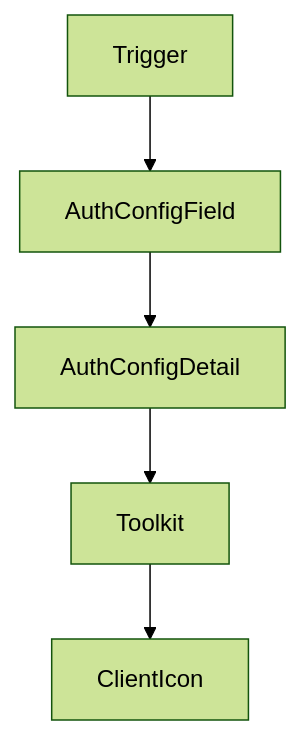
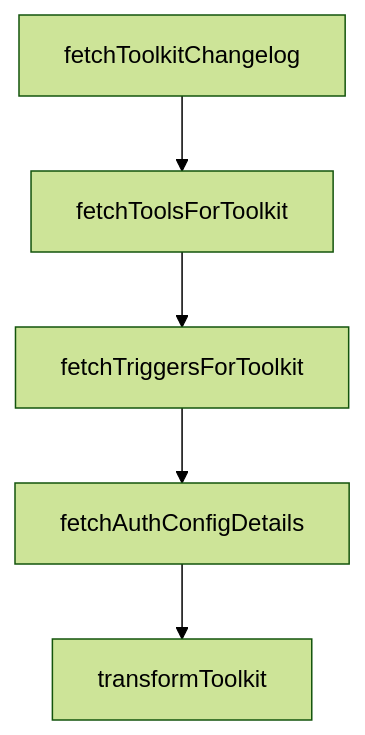
One commit to johnxie/awesome-code-docs changed the diagram in tutorials/composio-tutorial/03-provider-integrations-and-framework-mapping.md. Above: the diagram before and after it, drawn with Mermaid (forest theme). The commit also changed other lines of this file and 1232 other files, not shown here.

````diff
--- a/tutorials/composio-tutorial/03-provider-integrations-and-framework-mapping.md
+++ b/tutorials/composio-tutorial/03-provider-integrations-and-framework-mapping.md
@@ -221,12 +220,12 @@
 ```mermaid
 flowchart TD
-    A[Trigger]
-    B[AuthConfigField]
-    C[AuthConfigDetail]
-    D[Toolkit]
-    E[ClientIcon]
+    A[fetchToolkitChangelog]
+    B[fetchToolsForToolkit]
+    C[fetchTriggersForToolkit]
+    D[fetchAuthConfigDetails]
+    E[transformToolkit]
     A --> B
     B --> C
     C --> D
     D --> E
 ```
````
